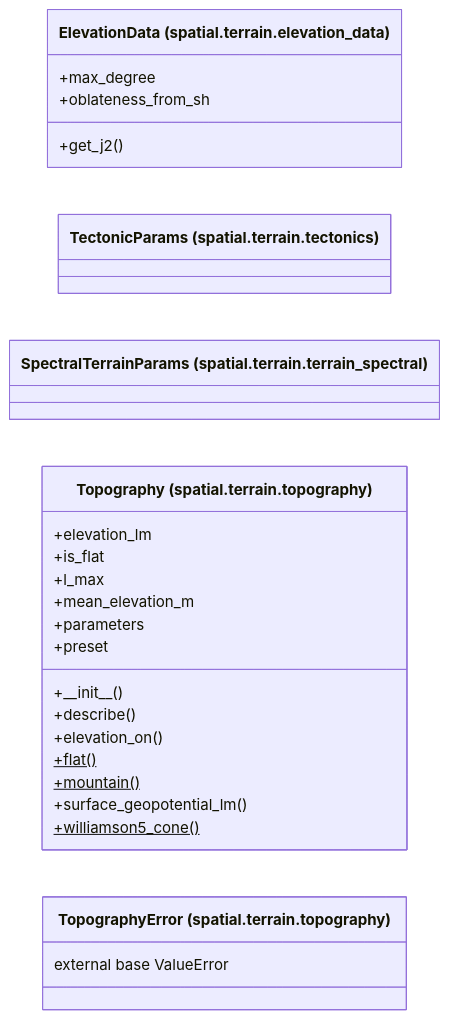
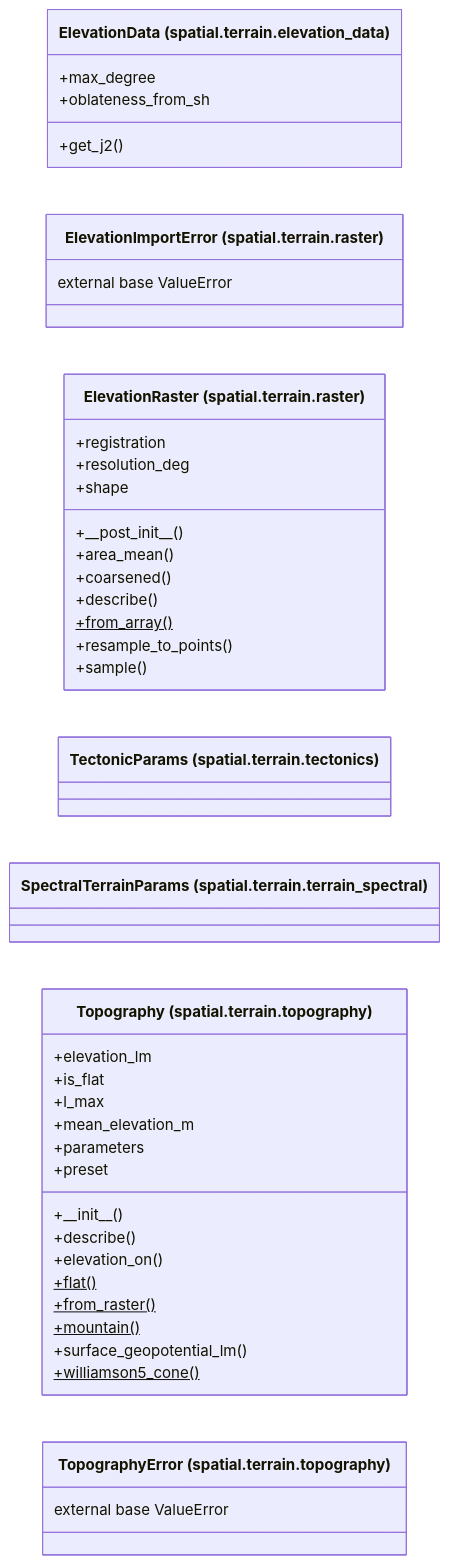
Before and after one commit to AlexandreEros/Palintropos: the diagram in docs/architecture/current/classes/tropoi.spatial.terrain.mmd, drawn with Mermaid. The commit also changed 36 other files, not shown here.

First line of the commit message:
feat(terrain): import elevation files and preview the resolved terrain

```diff
--- a/docs/architecture/current/classes/tropoi.spatial.terrain.mmd
+++ b/docs/architecture/current/classes/tropoi.spatial.terrain.mmd
@@ -1,26 +1,40 @@
 %% Generated by tools.architecture 1.0.0. Do not edit by hand.
 %% All classes defined in package tropoi.spatial.terrain.
 classDiagram
     direction LR
     class c_tropoi_ospatial_oterrain_oelevation__data_oElevationData["ElevationData (spatial.terrain.elevation_data)"]
     c_tropoi_ospatial_oterrain_oelevation__data_oElevationData : +get#95;j2()
     c_tropoi_ospatial_oterrain_oelevation__data_oElevationData : +max#95;degree
     c_tropoi_ospatial_oterrain_oelevation__data_oElevationData : +oblateness#95;from#95;sh
+    class c_tropoi_ospatial_oterrain_oraster_oElevationImportError["ElevationImportError (spatial.terrain.raster)"]
+    c_tropoi_ospatial_oterrain_oraster_oElevationImportError : external base ValueError
+    class c_tropoi_ospatial_oterrain_oraster_oElevationRaster["ElevationRaster (spatial.terrain.raster)"]
+    c_tropoi_ospatial_oterrain_oraster_oElevationRaster : +#95;#95;post#95;init#95;#95;()
+    c_tropoi_ospatial_oterrain_oraster_oElevationRaster : +area#95;mean()
+    c_tropoi_ospatial_oterrain_oraster_oElevationRaster : +coarsened()
+    c_tropoi_ospatial_oterrain_oraster_oElevationRaster : +describe()
+    c_tropoi_ospatial_oterrain_oraster_oElevationRaster : +from#95;array()$
+    c_tropoi_ospatial_oterrain_oraster_oElevationRaster : +registration
+    c_tropoi_ospatial_oterrain_oraster_oElevationRaster : +resample#95;to#95;points()
+    c_tropoi_ospatial_oterrain_oraster_oElevationRaster : +resolution#95;deg
+    c_tropoi_ospatial_oterrain_oraster_oElevationRaster : +sample()
+    c_tropoi_ospatial_oterrain_oraster_oElevationRaster : +shape
     class c_tropoi_ospatial_oterrain_otectonics_oTectonicParams["TectonicParams (spatial.terrain.tectonics)"]
     class c_tropoi_ospatial_oterrain_oterrain__spectral_oSpectralTerrainParams["SpectralTerrainParams (spatial.terrain.terrain_spectral)"]
     class c_tropoi_ospatial_oterrain_otopography_oTopography["Topography (spatial.terrain.topography)"]
     c_tropoi_ospatial_oterrain_otopography_oTopography : +#95;#95;init#95;#95;()
     c_tropoi_ospatial_oterrain_otopography_oTopography : +describe()
     c_tropoi_ospatial_oterrain_otopography_oTopography : +elevation#95;lm
     c_tropoi_ospatial_oterrain_otopography_oTopography : +elevation#95;on()
     c_tropoi_ospatial_oterrain_otopography_oTopography : +flat()$
+    c_tropoi_ospatial_oterrain_otopography_oTopography : +from#95;raster()$
     c_tropoi_ospatial_oterrain_otopography_oTopography : +is#95;flat
     c_tropoi_ospatial_oterrain_otopography_oTopography : +l#95;max
     c_tropoi_ospatial_oterrain_otopography_oTopography : +mean#95;elevation#95;m
     c_tropoi_ospatial_oterrain_otopography_oTopography : +mountain()$
     c_tropoi_ospatial_oterrain_otopography_oTopography : +parameters
     c_tropoi_ospatial_oterrain_otopography_oTopography : +preset
     c_tropoi_ospatial_oterrain_otopography_oTopography : +surface#95;geopotential#95;lm()
     c_tropoi_ospatial_oterrain_otopography_oTopography : +williamson5#95;cone()$
     class c_tropoi_ospatial_oterrain_otopography_oTopographyError["TopographyError (spatial.terrain.topography)"]
     c_tropoi_ospatial_oterrain_otopography_oTopographyError : external base ValueError
```
